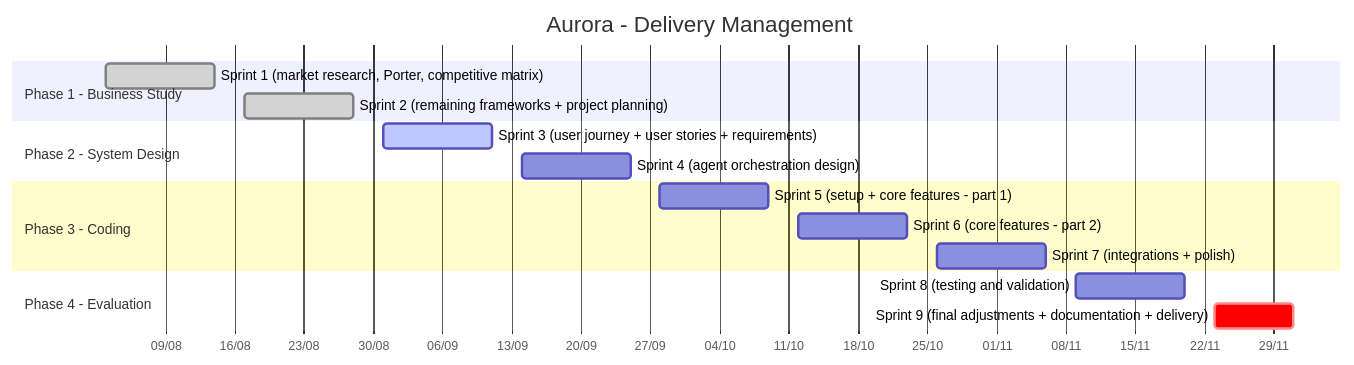
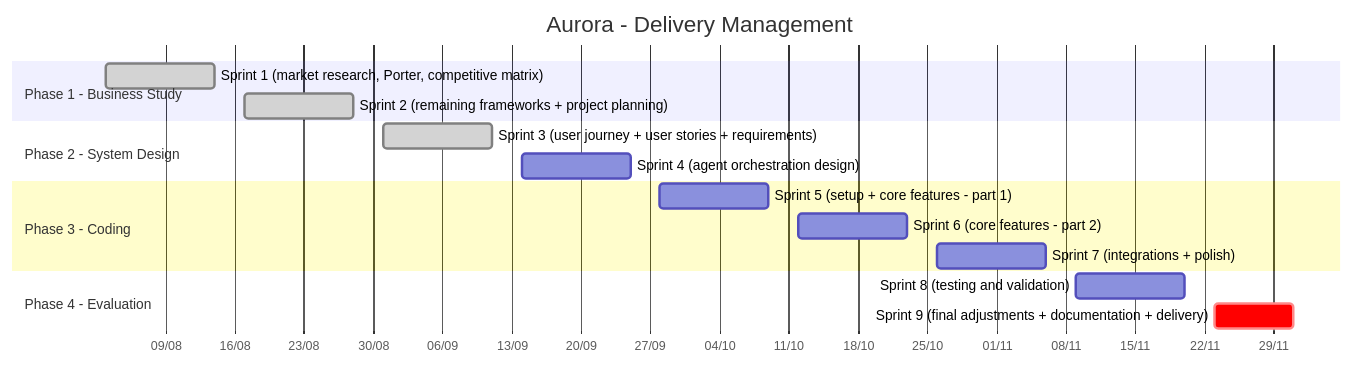
One commit to kaianes/Aurora changed the diagram in README.md. Above: the diagram before and after it, drawn with Mermaid. The commit also changed other lines of this file and 7 other files, not shown here.

First line of the commit message:
docs: add product requirements and architecture (Sprint 3 + system design)

````diff
--- a/README.md
+++ b/README.md
@@ -35,23 +37,23 @@
 ```mermaid
 gantt
     title Aurora - Delivery Management
     dateFormat  YYYY-MM-DD
     axisFormat  %d/%m
 
     section Phase 1 - Business Study
     Sprint 1 (market research, Porter, competitive matrix)       :done, s1, 2026-08-03, 2026-08-14
     Sprint 2 (remaining frameworks + project planning)           :done, s2, 2026-08-17, 2026-08-28
 
     section Phase 2 - System Design
-    Sprint 3 (user journey + user stories + requirements)        :active, s3, 2026-08-31, 2026-09-11
+    Sprint 3 (user journey + user stories + requirements)        :done, s3, 2026-08-31, 2026-09-11
     Sprint 4 (agent orchestration design)                        :s4, 2026-09-14, 2026-09-25
 
     section Phase 3 - Coding
     Sprint 5 (setup + core features - part 1)                    :s5, 2026-09-28, 2026-10-09
     Sprint 6 (core features - part 2)                            :s6, 2026-10-12, 2026-10-23
     Sprint 7 (integrations + polish)                             :s7, 2026-10-26, 2026-11-06
 
     section Phase 4 - Evaluation
     Sprint 8 (testing and validation)                            :s8, 2026-11-09, 2026-11-20
     Sprint 9 (final adjustments + documentation + delivery)      :crit, s9, 2026-11-23, 2026-12-01
 ```
````
